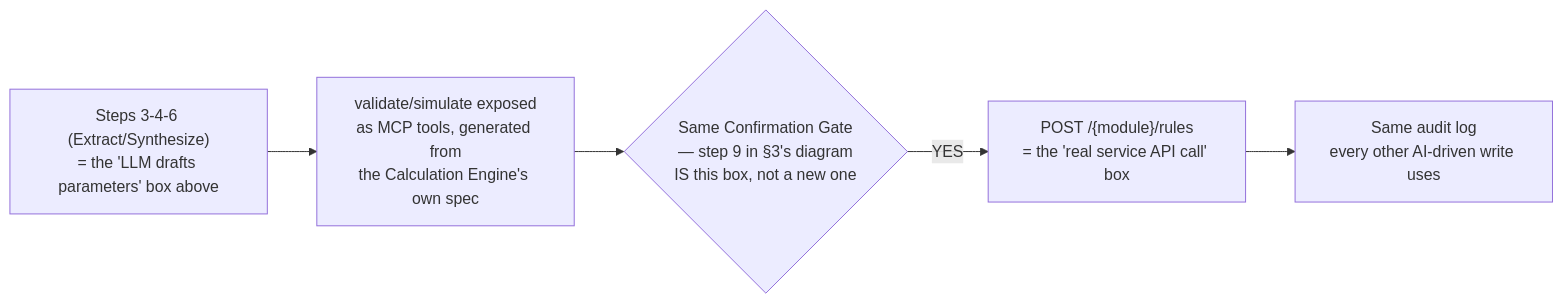
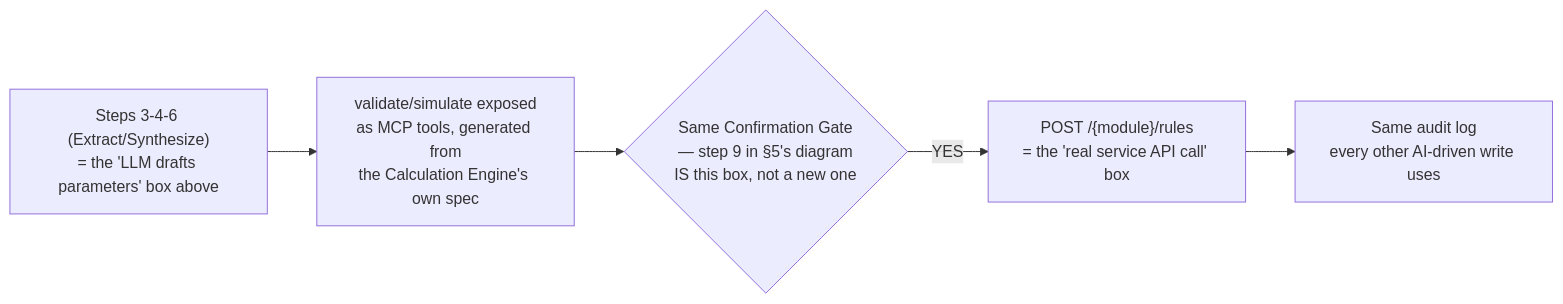
Before and after one commit to srujana-egov/policy-to-calc-spec: the fourth of 5 diagrams in DEMO.md, drawn with Mermaid. The commit also changed other lines of this file, not shown here.

First line of the commit message:
Reorder sections: architectures and why-not-multi-agent lead, before the built pipeline

````diff
--- a/DEMO.md
+++ b/DEMO.md
@@ -459,7 +459,7 @@
 ```mermaid
 flowchart LR
     STEP4["Steps 3-4-6 (Extract/Synthesize)<br/>= the 'LLM drafts parameters' box above"] --> MCP2["validate/simulate exposed<br/>as MCP tools, generated from<br/>the Calculation Engine's own spec"]
-    MCP2 --> GATE2{"Same Confirmation Gate<br/>— step 9 in §3's diagram<br/>IS this box, not a new one"}
+    MCP2 --> GATE2{"Same Confirmation Gate<br/>— step 9 in §5's diagram<br/>IS this box, not a new one"}
     GATE2 -->|YES| API2["POST /{module}/rules<br/>= the 'real service API call' box"]
     API2 --> AUDIT2["Same audit log<br/>every other AI-driven write uses"]
 ```
````
